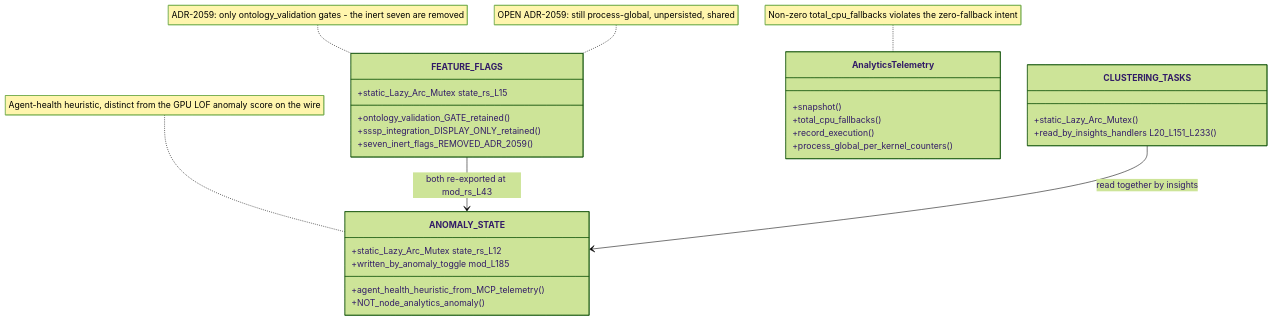
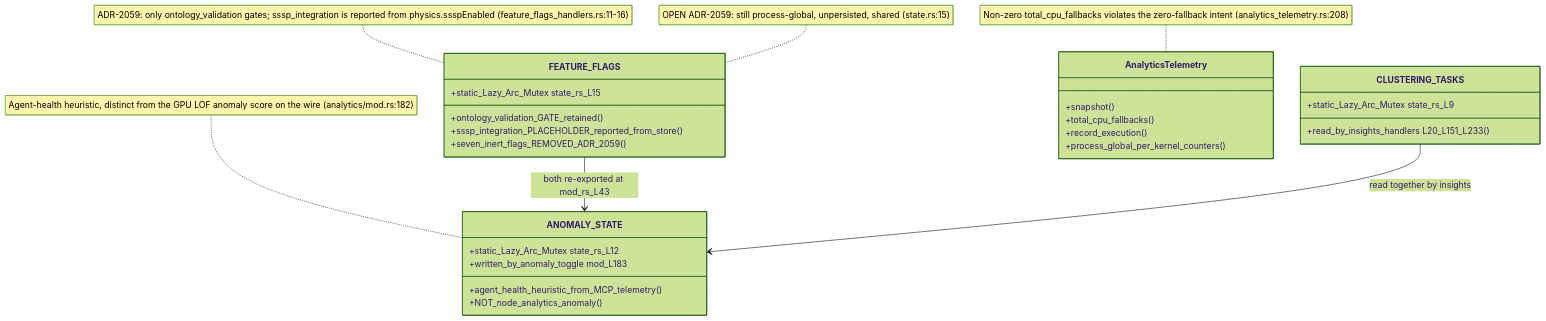
One commit to DreamLab-AI/VisionFlow changed the ninth of 10 diagrams in docs/diagrams/visionclaw/18-analytics-support-handlers.md. Above: the diagram before and after it, drawn with Mermaid (forest theme). The commit also changed other lines of this file and 173 other files, not shown here.

````diff
--- a/docs/diagrams/visionclaw/18-analytics-support-handlers.md
+++ b/docs/diagrams/visionclaw/18-analytics-support-handlers.md
@@ -320,32 +329,32 @@
 ```mermaid
 classDiagram
     class FEATURE_FLAGS {
         +static_Lazy_Arc_Mutex state_rs_L15
         +ontology_validation_GATE_retained()
-        +sssp_integration_DISPLAY_ONLY_retained()
+        +sssp_integration_PLACEHOLDER_reported_from_store()
         +seven_inert_flags_REMOVED_ADR_2059()
     }
     class ANOMALY_STATE {
         +static_Lazy_Arc_Mutex state_rs_L12
         +agent_health_heuristic_from_MCP_telemetry()
-        +written_by_anomaly_toggle mod_L185
+        +written_by_anomaly_toggle mod_L183
         +NOT_node_analytics_anomaly()
     }
     class CLUSTERING_TASKS {
-        +static_Lazy_Arc_Mutex()
+        +static_Lazy_Arc_Mutex state_rs_L9
         +read_by_insights_handlers L20_L151_L233()
     }
     class AnalyticsTelemetry {
         +snapshot()
         +total_cpu_fallbacks()
         +record_execution()
         +process_global_per_kernel_counters()
     }
     FEATURE_FLAGS --> ANOMALY_STATE : both re-exported at mod_rs_L43
     CLUSTERING_TASKS --> ANOMALY_STATE : read together by insights
 
-    note for FEATURE_FLAGS "ADR-2059: only ontology_validation gates - the inert seven are removed"
-    note for FEATURE_FLAGS "OPEN ADR-2059: still process-global, unpersisted, shared"
-    note for ANOMALY_STATE "Agent-health heuristic, distinct from the GPU LOF anomaly score on the wire"
-    note for AnalyticsTelemetry "Non-zero total_cpu_fallbacks violates the zero-fallback intent"
+    note for FEATURE_FLAGS "ADR-2059: only ontology_validation gates; sssp_integration is reported from physics.ssspEnabled (feature_flags_handlers.rs:11-16)"
+    note for FEATURE_FLAGS "OPEN ADR-2059: still process-global, unpersisted, shared (state.rs:15)"
+    note for ANOMALY_STATE "Agent-health heuristic, distinct from the GPU LOF anomaly score on the wire (analytics/mod.rs:182)"
+    note for AnalyticsTelemetry "Non-zero total_cpu_fallbacks violates the zero-fallback intent (analytics_telemetry.rs:208)"
 ```
````
